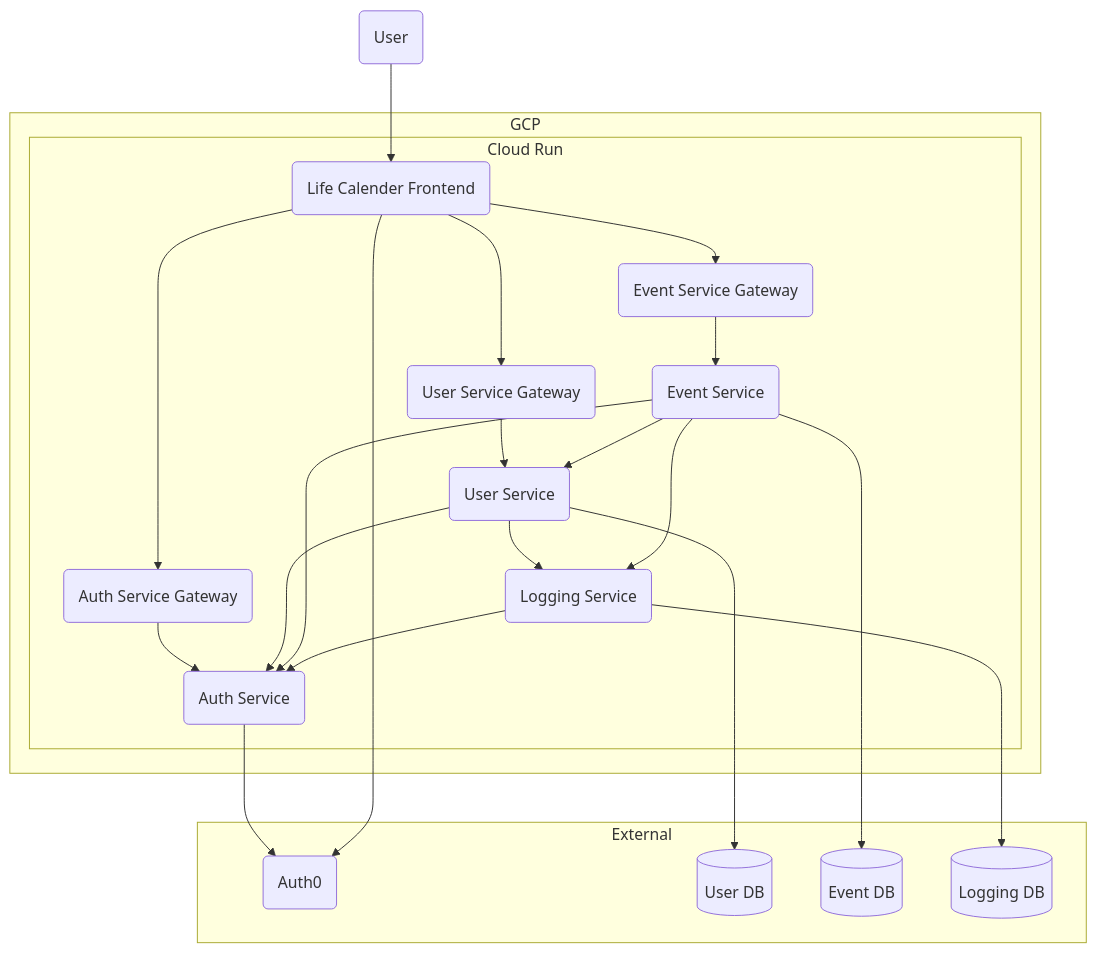
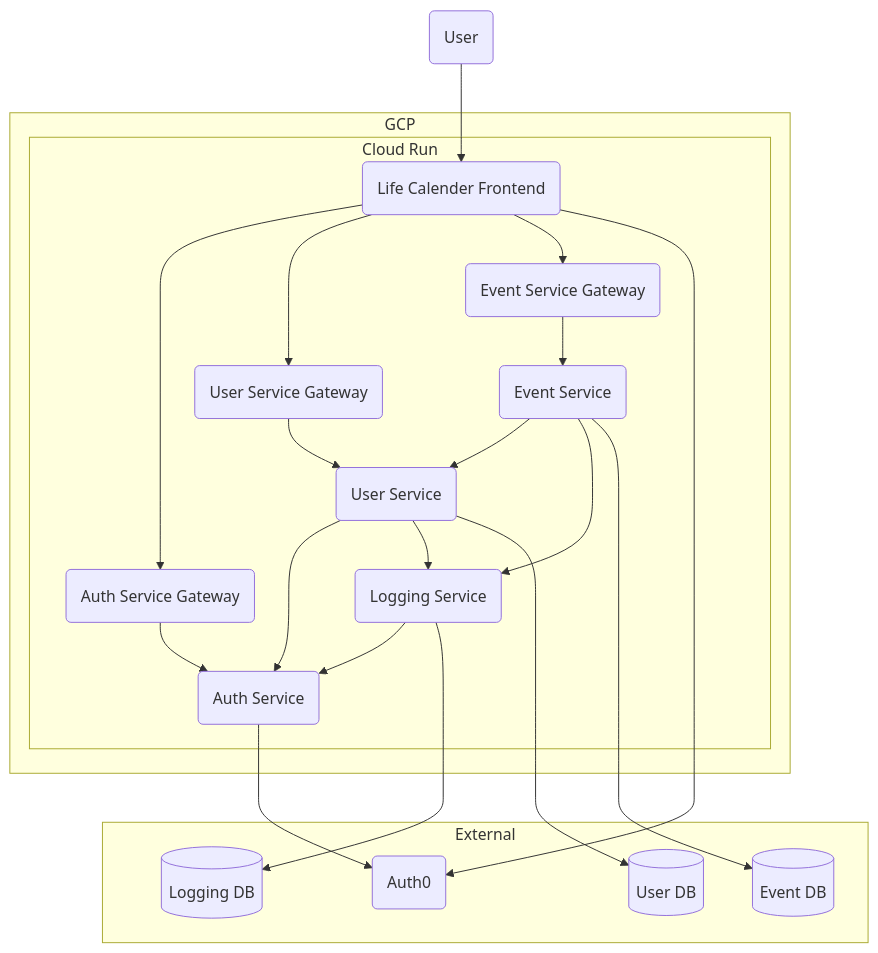
The diagram in README.md (qkitzero/life-calendar), drawn with Mermaid before and after one commit.

Commit message:
update: readme

````diff
--- a/README.md
+++ b/README.md
@@ -9,44 +9,43 @@
 ```mermaid
 flowchart TD
     user(User)
 
     subgraph gcp[GCP]
         subgraph cloud_run[Cloud Run]
             life_calendar_frontend(Life Calender Frontend)
             auth_service(Auth Service)
             auth_service_gateway(Auth Service Gateway)
             user_service(User Service)
             user_service_gateway(User Service Gateway)
             event_service(Event Service)
             event_service_gateway(Event Service Gateway)
             logging_service(Logging Service)
         end
     end
 
     subgraph external[External]
         auth0(Auth0)
         user_db[(User DB)]
         event_db[(Event DB)]
         logging_db[(Logging DB)]
     end
 
     user --> life_calendar_frontend
 
     life_calendar_frontend --> auth_service_gateway --> auth_service --> auth0
     life_calendar_frontend --> user_service_gateway --> user_service
     life_calendar_frontend --> event_service_gateway --> event_service
     life_calendar_frontend --> auth0
 
     user_service --> auth_service
-    event_service --> auth_service
     logging_service --> auth_service
 
     event_service --> user_service
 
     user_service --> logging_service
     event_service --> logging_service
 
     user_service --> user_db
     event_service --> event_db
     logging_service --> logging_db
 ```
````
